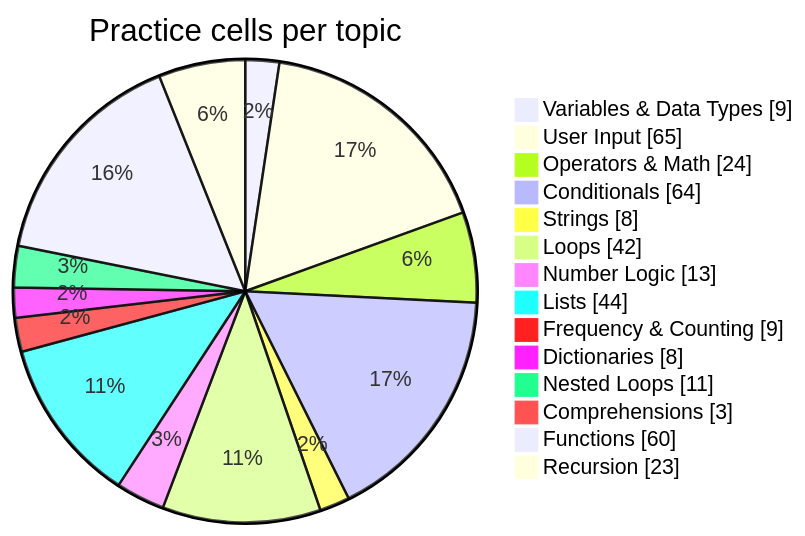
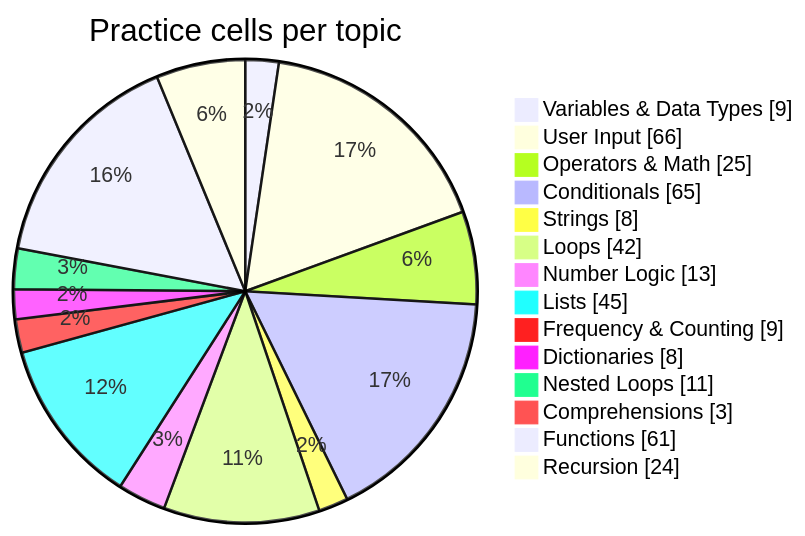
One commit to Phantom2101/Python-Daily-Practice changed the diagram in README.md. Above: the diagram before and after it, drawn with Mermaid. The commit also changed other lines of this file and 1 other file, not shown here.

````diff
--- a/README.md
+++ b/README.md
@@ -126,17 +126,17 @@
 ```mermaid
 pie showData title Practice cells per topic
     "Variables & Data Types" : 9
-    "User Input" : 65
-    "Operators & Math" : 24
-    "Conditionals" : 64
+    "User Input" : 66
+    "Operators & Math" : 25
+    "Conditionals" : 65
     "Strings" : 8
     "Loops" : 42
     "Number Logic" : 13
-    "Lists" : 44
+    "Lists" : 45
     "Frequency & Counting" : 9
     "Dictionaries" : 8
     "Nested Loops" : 11
     "Comprehensions" : 3
-    "Functions" : 60
-    "Recursion" : 23
+    "Functions" : 61
+    "Recursion" : 24
 ```
````
